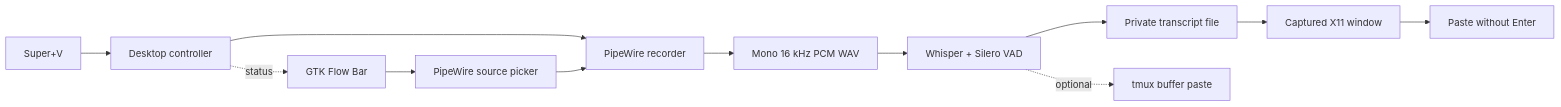
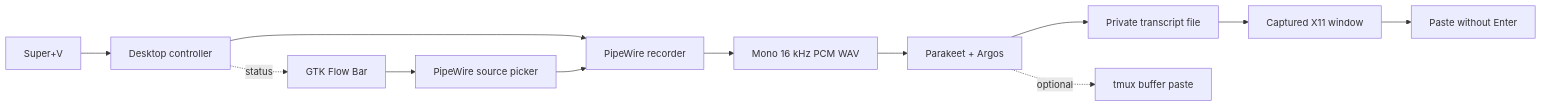
The diagram in README.md (dv-dev1/vox), drawn with Mermaid before and after one commit. The commit also changed other lines of this file and 8 other files, not shown here.

First line of the commit message:
feat: troca o whisper pelo Parakeet + Argos como único motor

````diff
--- a/README.md
+++ b/README.md
@@ -196,14 +188,14 @@
 ```mermaid
 flowchart LR
     A[Super+V] --> B[Desktop controller]
     B --> C[PipeWire recorder]
     C --> D[Mono 16 kHz PCM WAV]
-    D --> E[Whisper + Silero VAD]
+    D --> E[Parakeet + Argos]
     E --> F[Private transcript file]
     F --> G[Captured X11 window]
     G --> H[Paste without Enter]
     B -. status .-> I[GTK Flow Bar]
     I --> K[PipeWire source picker]
     K --> C
     E -. optional .-> J[tmux buffer paste]
 ```
````
